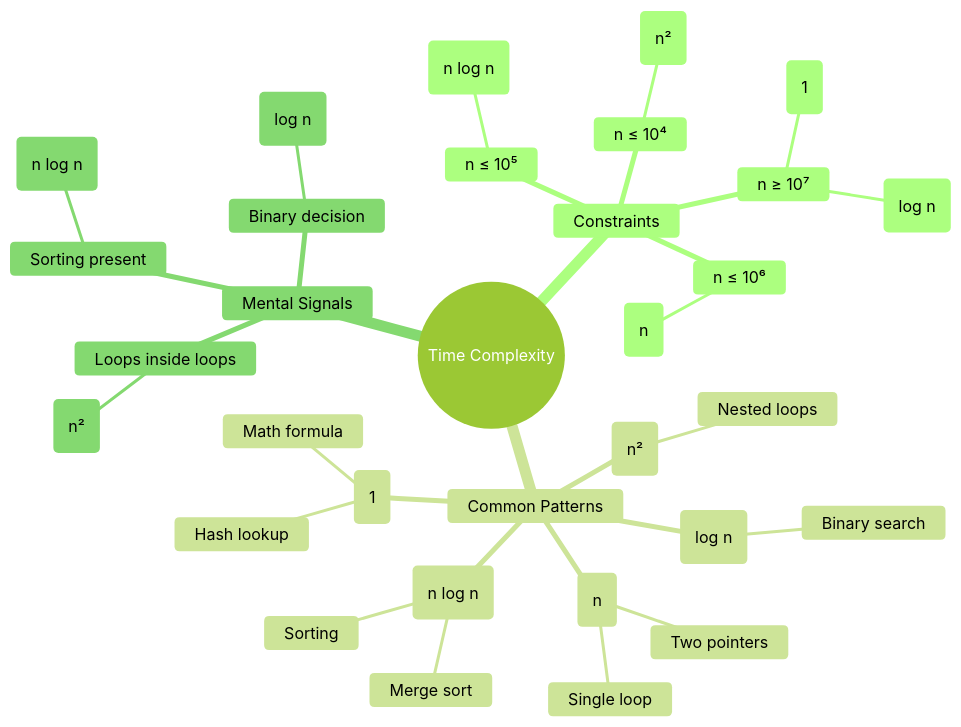
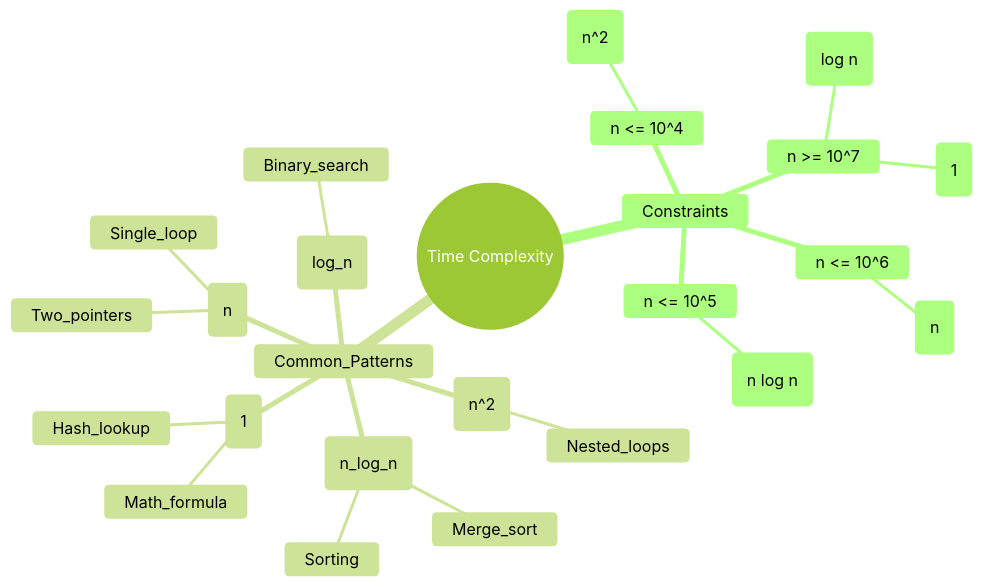
One commit to tofchaliss/tofchaliss.github.io changed the first of 2 diagrams in _posts/2026-01-16-TimeComplexity-1.md. Above: the diagram before and after it, drawn with Mermaid (forest theme). The commit also changed other lines of this file, not shown here.

Commit message:
fix error in the post after mermaid fixes

````diff
--- a/_posts/2026-01-16-TimeComplexity-1.md
+++ b/_posts/2026-01-16-TimeComplexity-1.md
@@ -36,35 +36,28 @@
 ```mermaid
 mindmap
   root((Time Complexity))
     Constraints
-      n ≤ 10⁴
-        O(n²)
-      n ≤ 10⁵
+      n <= 10^4
+        O(n^2)
+      n <= 10^5
         O(n log n)
-      n ≤ 10⁶
+      n <= 10^6
         O(n)
-      n ≥ 10⁷
+      n >= 10^7
         O(1)
         O(log n)
-    Common Patterns
+    Common_Patterns
       O(1)
-        Math formula
-        Hash lookup
-      O(log n)
-        Binary search
+        Math_formula
+        Hash_lookup
+      O(log_n)
+        Binary_search
       O(n)
-        Single loop
-        Two pointers
-      O(n log n)
+        Single_loop
+        Two_pointers
+      O(n_log_n)
         Sorting
-        Merge sort
-      O(n²)
-        Nested loops
-    Mental Signals
-      Loops inside loops
-        Likely O(n²)
-      Sorting present
-        At least O(n log n)
-      Binary decision
-        O(log n)
+        Merge_sort
+      O(n^2)
+        Nested_loops
 ```
````
